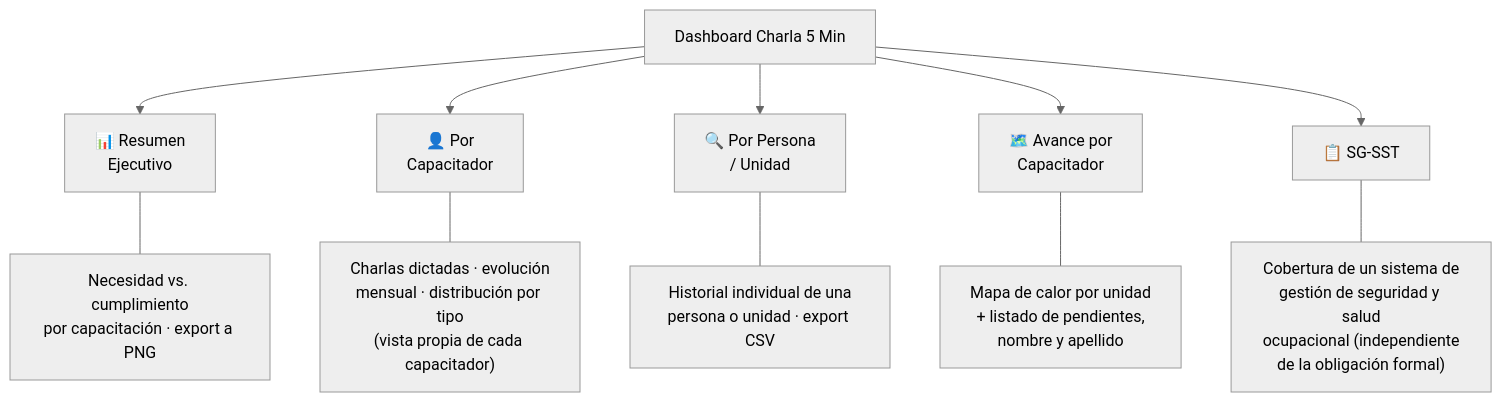
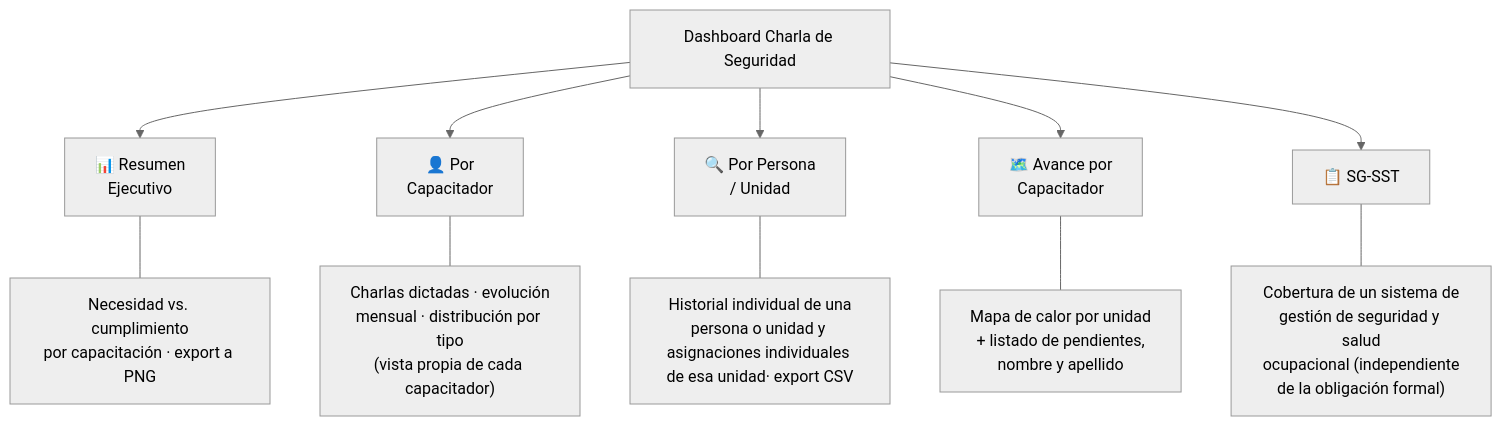
The fourth of 5 diagrams in charla-5-min/README.md (jminolli-e/case-studies), drawn with Mermaid (neutral theme) before and after one commit. The commit also changed other lines of this file, not shown here.

````diff
--- a/charla-5-min/README.md
+++ b/charla-5-min/README.md
@@ -126,14 +126,14 @@
 ```mermaid
 flowchart TD
-    APP["Dashboard Charla 5 Min"] --> T1["📊 Resumen<br/>Ejecutivo"]
+    APP["Dashboard Charla de Seguridad"] --> T1["📊 Resumen<br/>Ejecutivo"]
     APP --> T2["👤 Por<br/>Capacitador"]
     APP --> T3["🔍 Por Persona<br/>/ Unidad"]
     APP --> T4["🗺️ Avance por<br/>Capacitador"]
     APP --> T5["📋 SG-SST"]
 
     T1 --- T1d["Necesidad vs. cumplimiento<br/>por capacitación · export a PNG"]
     T2 --- T2d["Charlas dictadas · evolución<br/>mensual · distribución por tipo<br/>(vista propia de cada capacitador)"]
-    T3 --- T3d["Historial individual de una<br/>persona o unidad · export CSV"]
+    T3 --- T3d["Historial individual de una<br/>persona o unidad y asignaciones individuales de esa unidad· export CSV"]
     T4 --- T4d["Mapa de calor por unidad<br/>+ listado de pendientes,<br/>nombre y apellido"]
     T5 --- T5d["Cobertura de un sistema de<br/>gestión de seguridad y salud<br/>ocupacional (independiente<br/>de la obligación formal)"]
 ```
````
